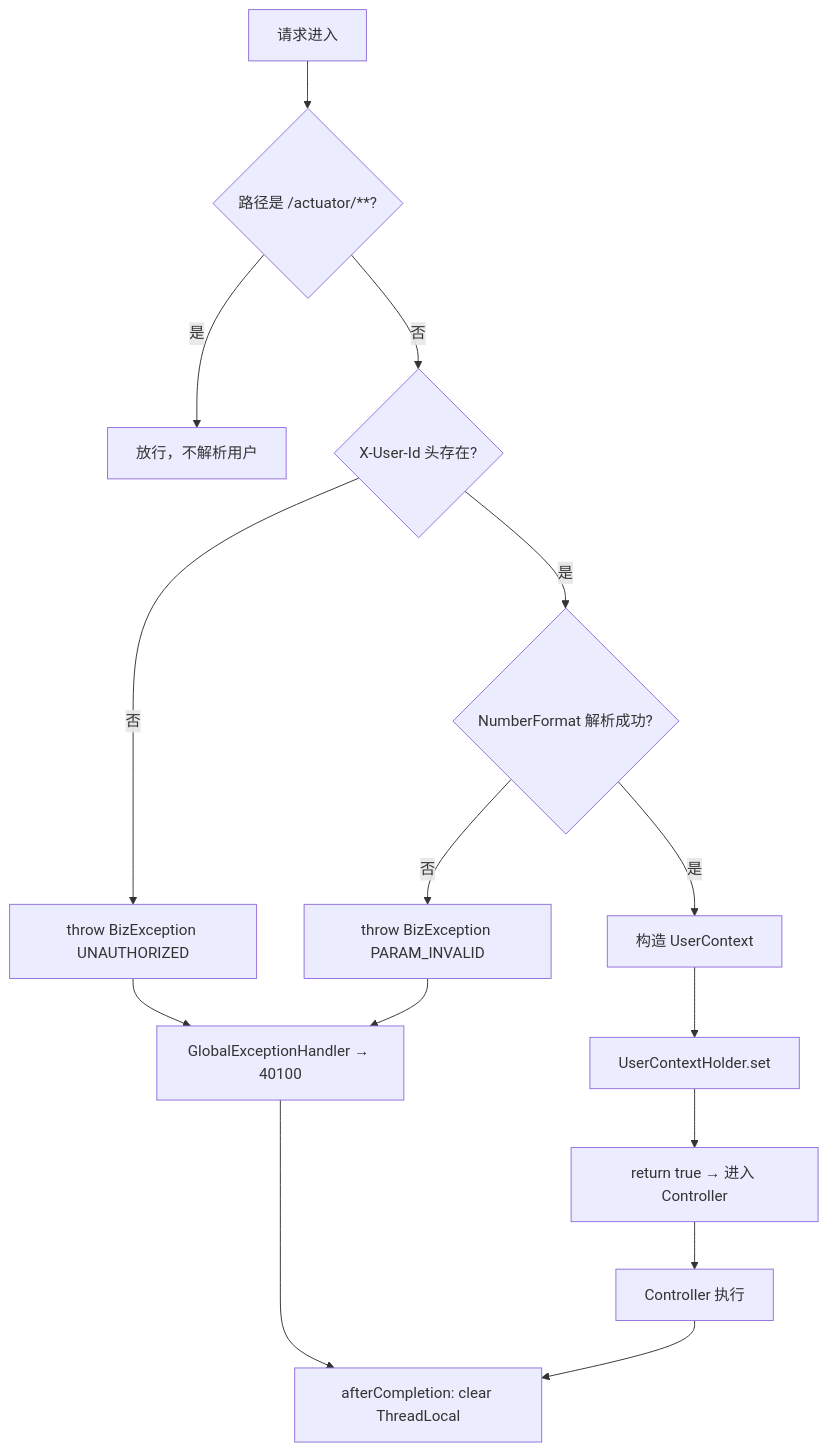
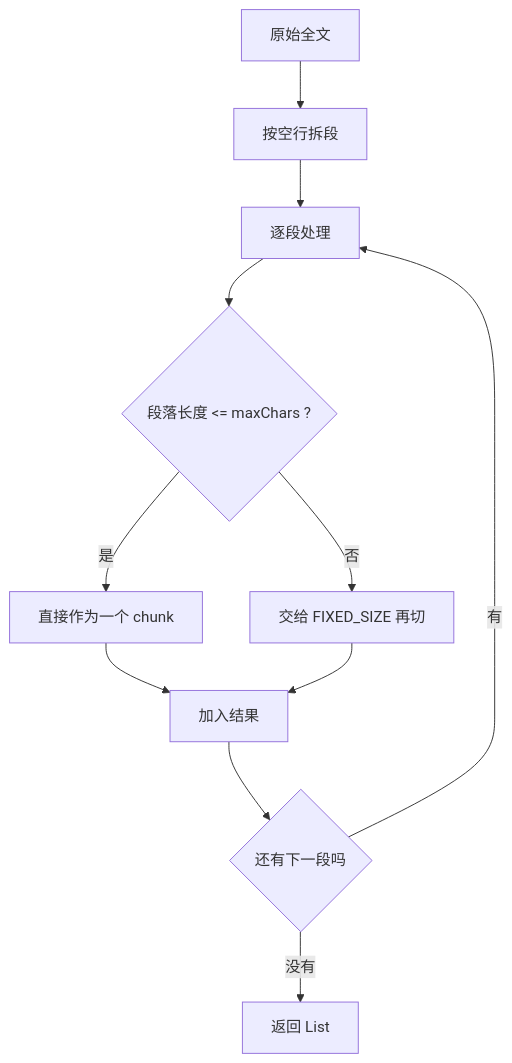
Before and after one commit to ZjlShenshiqing/EnterpriseKnowledgeWorkspace: the seventh of 17 diagrams in docs/knowledge-service-code-analysis.md, drawn with Mermaid. The commit also changed other lines of this file and 26 other files, not shown here.

````diff
--- a/docs/knowledge-service-code-analysis.md
+++ b/docs/knowledge-service-code-analysis.md
@@ -729,17 +485,13 @@
 ```mermaid
 flowchart TD
-    A[请求进入] --> B{路径是 /actuator/**?}
-    B -->|是| C[放行，不解析用户]
-    B -->|否| D{X-User-Id 头存在?}
-    D -->|否| E[throw BizException UNAUTHORIZED]
-    D -->|是| F{NumberFormat 解析成功?}
-    F -->|否| G[throw BizException PARAM_INVALID]
-    F -->|是| H[构造 UserContext]
-    H --> I[UserContextHolder.set]
-    I --> J[return true → 进入 Controller]
-    E --> K[GlobalExceptionHandler → 40100]
-    G --> K
-    J --> L[Controller 执行]
-    L --> M[afterCompletion: clear ThreadLocal]
-    K --> M
+    A["原始全文"] --> B["按空行拆段"]
+    B --> C["逐段处理"]
+    C --> D{"段落长度 <= maxChars ?"}
+    D -->|是| E["直接作为一个 chunk"]
+    D -->|否| F["交给 FIXED_SIZE 再切"]
+    E --> G["加入结果"]
+    F --> G
+    G --> H{"还有下一段吗"}
+    H -->|有| C
+    H -->|没有| I["返回 List<TextChunk>"]
 ```
````
